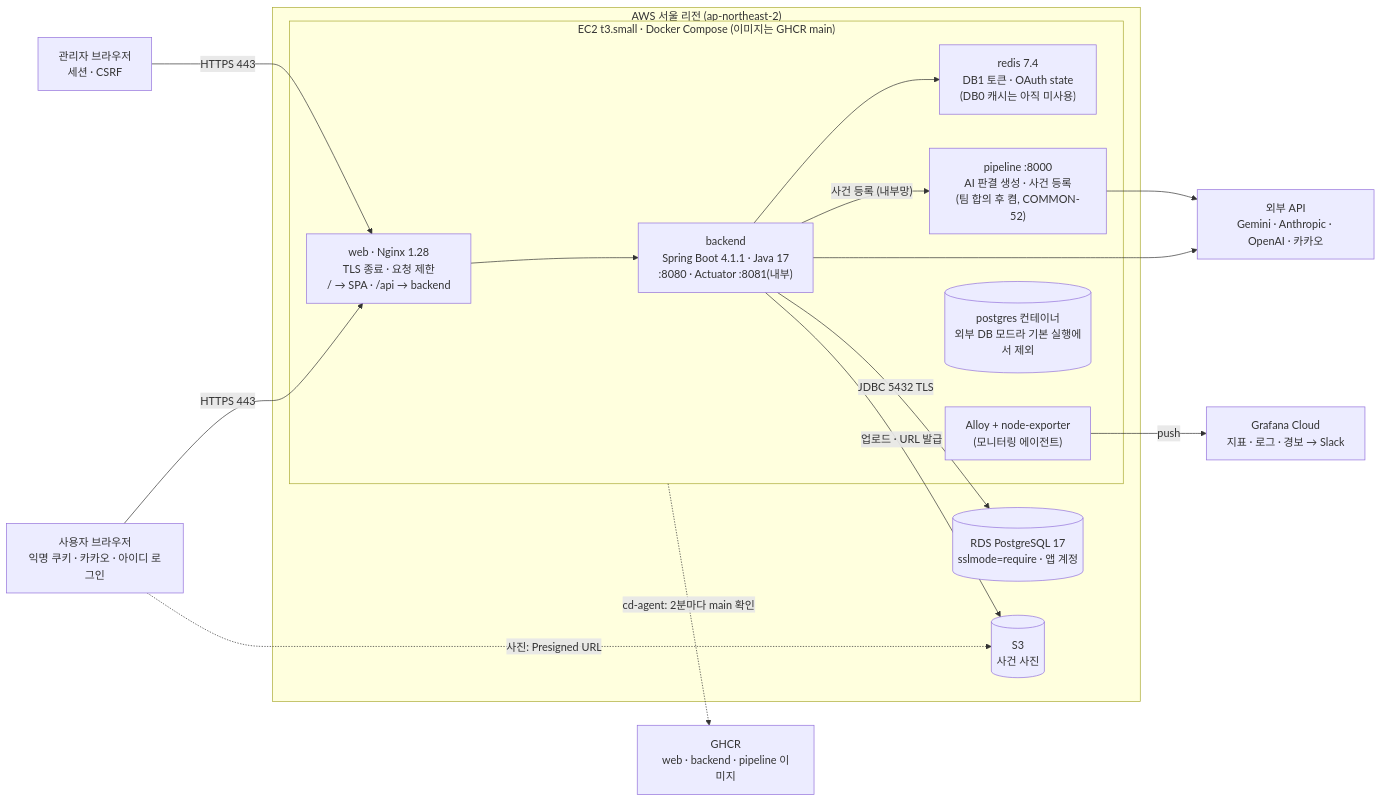
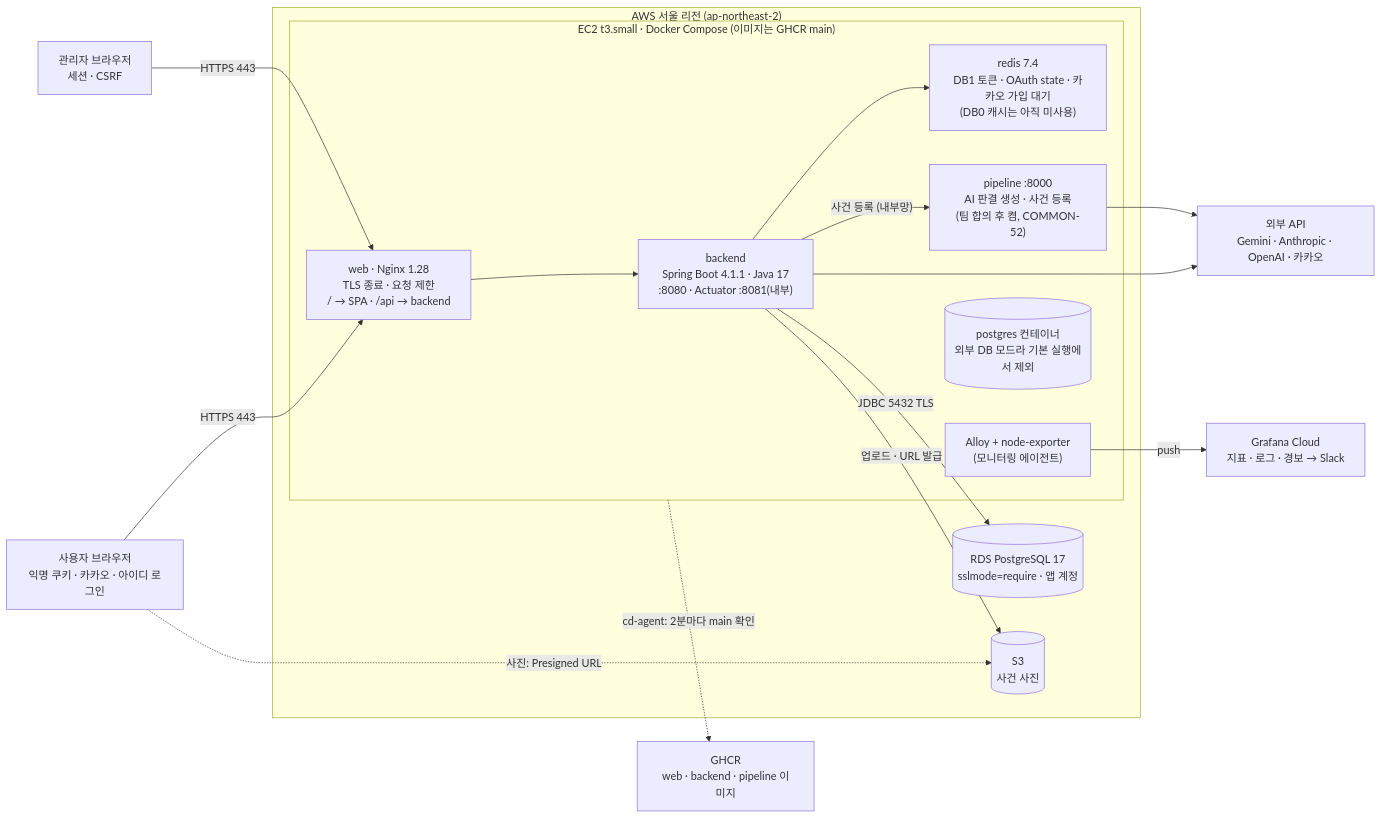
One commit to prgrms-aibe-devcourse/AIBE7_FinalProject_Team2 changed the diagram in docs/architecture.md. Above: the diagram before and after it, drawn with Mermaid. The commit also changed other lines of this file and 4 other files, not shown here.

````diff
--- a/docs/architecture.md
+++ b/docs/architecture.md
@@ -26,35 +27,35 @@
 ```mermaid
 flowchart LR
   user["사용자 브라우저<br/>익명 쿠키 · 카카오 · 아이디 로그인"]
   admin["관리자 브라우저<br/>세션 · CSRF"]
 
   subgraph aws["AWS 서울 리전 (ap-northeast-2)"]
     subgraph ec2["EC2 t3.small · Docker Compose (이미지는 GHCR main)"]
       web["web · Nginx 1.28<br/>TLS 종료 · 요청 제한<br/>/ → SPA · /api → backend"]
       backend["backend<br/>Spring Boot 4.1.1 · Java 17<br/>:8080 · Actuator :8081(내부)"]
-      redis["redis 7.4<br/>DB1 토큰 · OAuth state<br/>(DB0 캐시는 아직 미사용)"]
+      redis["redis 7.4<br/>DB1 토큰 · OAuth state · 카카오 가입 대기<br/>(DB0 캐시는 아직 미사용)"]
       pipeline["pipeline :8000<br/>AI 판결 생성 · 사건 등록<br/>(팀 합의 후 켬, COMMON-52)"]
       agent["Alloy + node-exporter<br/>(모니터링 에이전트)"]
       pg[("postgres 컨테이너<br/>외부 DB 모드라 기본 실행에서 제외")]
     end
     rds[("RDS PostgreSQL 17<br/>sslmode=require · 앱 계정")]
     s3[("S3<br/>사건 사진")]
   end
 
   ext["외부 API<br/>Gemini · Anthropic · OpenAI · 카카오"]
   cloud["Grafana Cloud<br/>지표 · 로그 · 경보 → Slack"]
   ghcr["GHCR<br/>web · backend · pipeline 이미지"]
 
   user -- "HTTPS 443" --> web
   admin -- "HTTPS 443" --> web
   user -. "사진: Presigned URL" .-> s3
   web --> backend
   backend --> redis
   backend -- "JDBC 5432 TLS" --> rds
   backend -- "업로드 · URL 발급" --> s3
   backend -- "사건 등록 (내부망)" --> pipeline
   backend --> ext
   pipeline --> ext
   agent -- "push" --> cloud
   ec2 -. "cd-agent: 2분마다 main 확인" .-> ghcr
 ```
````
